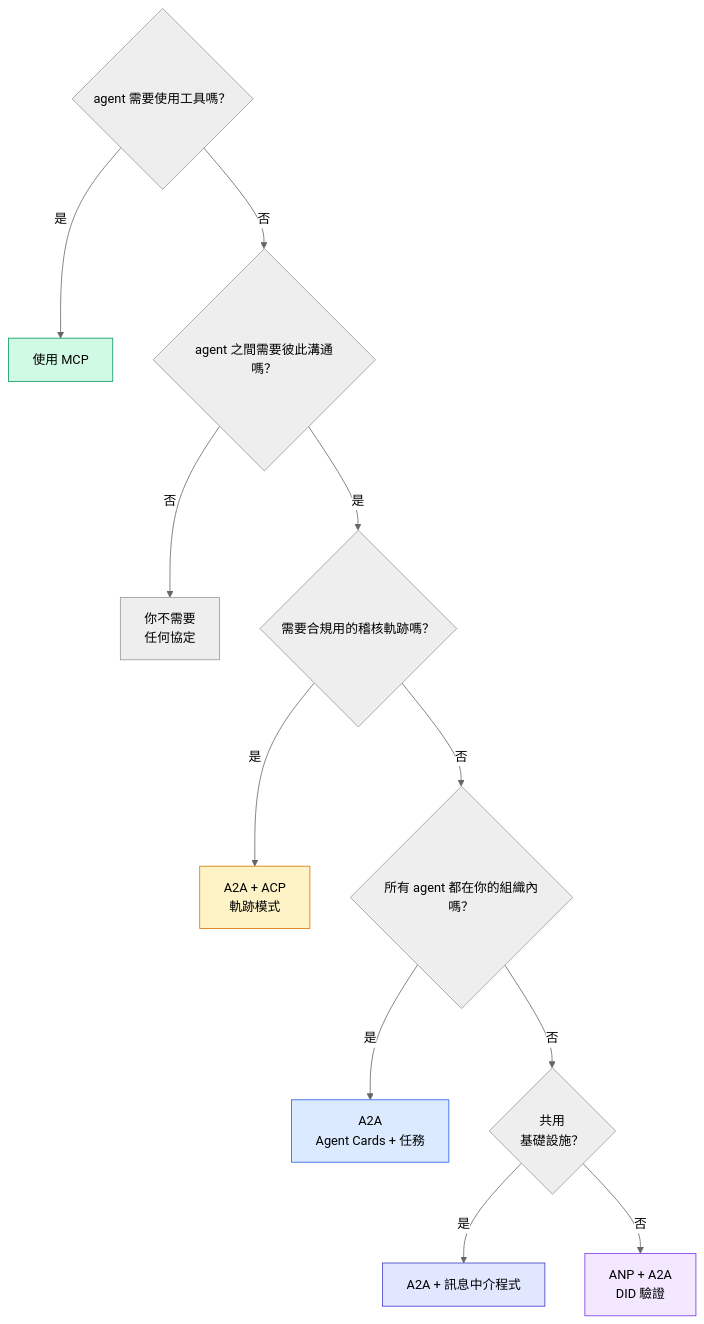
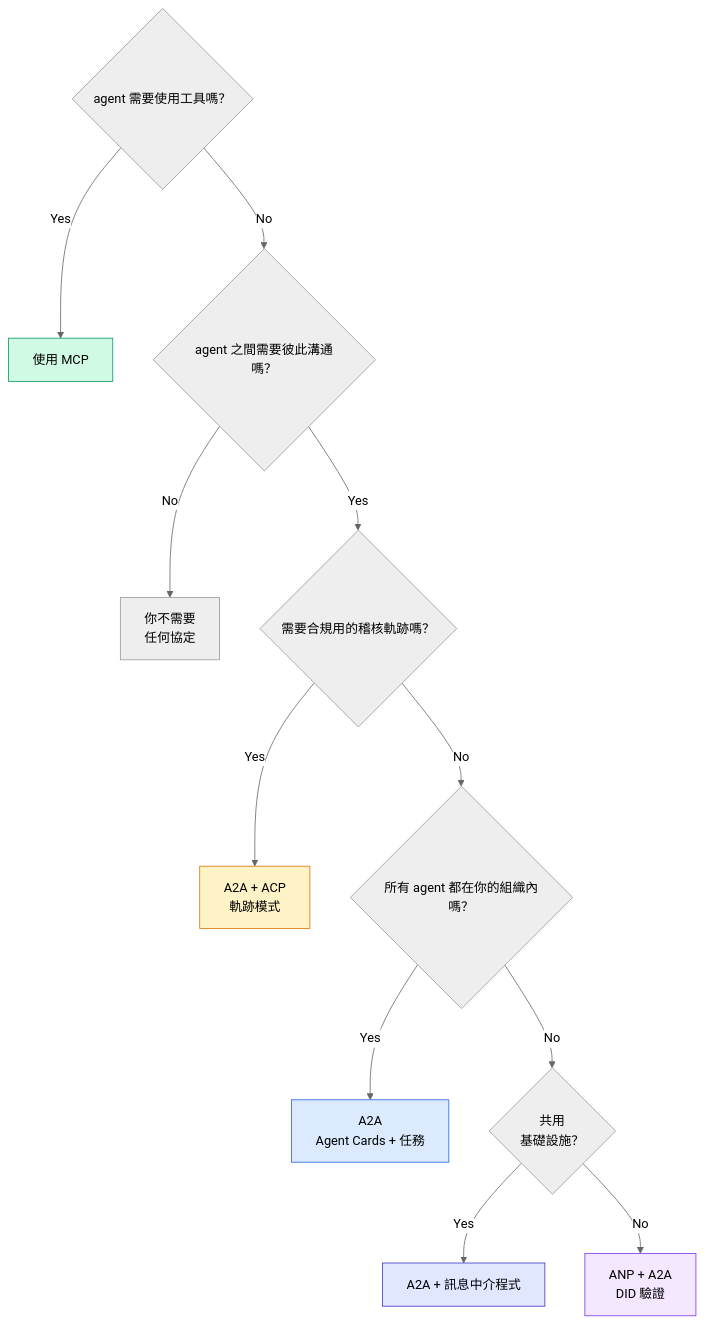
One commit to edward821220/ai-engineering-from-scratch changed diagram 13 of 13 in i18n/zh-TW/phases/16-multi-agent-and-swarms/03-communication-protocols/docs/zh-TW.md. Above: the diagram before and after it, drawn with Mermaid (neutral theme). The commit also changed other lines of this file and 3 other files, not shown here.

Commit message:
fix(i18n): zh-TW p16 checker cleanup (mermaid edges + URL spans)

````diff
--- a/i18n/zh-TW/phases/16-multi-agent-and-swarms/03-communication-protocols/docs/zh-TW.md
+++ b/i18n/zh-TW/phases/16-multi-agent-and-swarms/03-communication-protocols/docs/zh-TW.md
@@ -1423,20 +1423,20 @@
 ```mermaid
 graph TD
     START{agent 需要使用工具嗎？}
-    START -->|是| MCP_R[使用 MCP]
-    START -->|否| TALK{agent 之間需要彼此溝通嗎？}
-    TALK -->|否| NONE[你不需要<br/>任何協定]
-    TALK -->|是| AUDIT{需要合規用的稽核軌跡嗎？}
-    AUDIT -->|是| ACP_R[A2A + ACP<br/>軌跡模式]
-    AUDIT -->|否| ORG{所有 agent 都在你的組織內嗎？}
-    ORG -->|是| A2A_R[A2A<br/>Agent Cards + 任務]
-    ORG -->|否| INFRA{共用<br/>基礎設施？}
-    INFRA -->|是| BROKER[A2A + 訊息中介程式]
-    INFRA -->|否| ANP_R[ANP + A2A<br/>DID 驗證]
+    START -->|Yes| MCP_R[使用 MCP]
+    START -->|No| TALK{agent 之間需要彼此溝通嗎？}
+    TALK -->|No| NONE[你不需要<br/>任何協定]
+    TALK -->|Yes| AUDIT{需要合規用的稽核軌跡嗎？}
+    AUDIT -->|Yes| ACP_R[A2A + ACP<br/>軌跡模式]
+    AUDIT -->|No| ORG{所有 agent 都在你的組織內嗎？}
+    ORG -->|Yes| A2A_R[A2A<br/>Agent Cards + 任務]
+    ORG -->|No| INFRA{共用<br/>基礎設施？}
+    INFRA -->|Yes| BROKER[A2A + 訊息中介程式]
+    INFRA -->|No| ANP_R[ANP + A2A<br/>DID 驗證]
 
     style MCP_R fill:#d1fae5,stroke:#059669
     style A2A_R fill:#dbeafe,stroke:#2563eb
     style ACP_R fill:#fef3c7,stroke:#d97706
     style ANP_R fill:#f3e8ff,stroke:#7c3aed
     style BROKER fill:#e0e7ff,stroke:#4338ca
 ```
````
